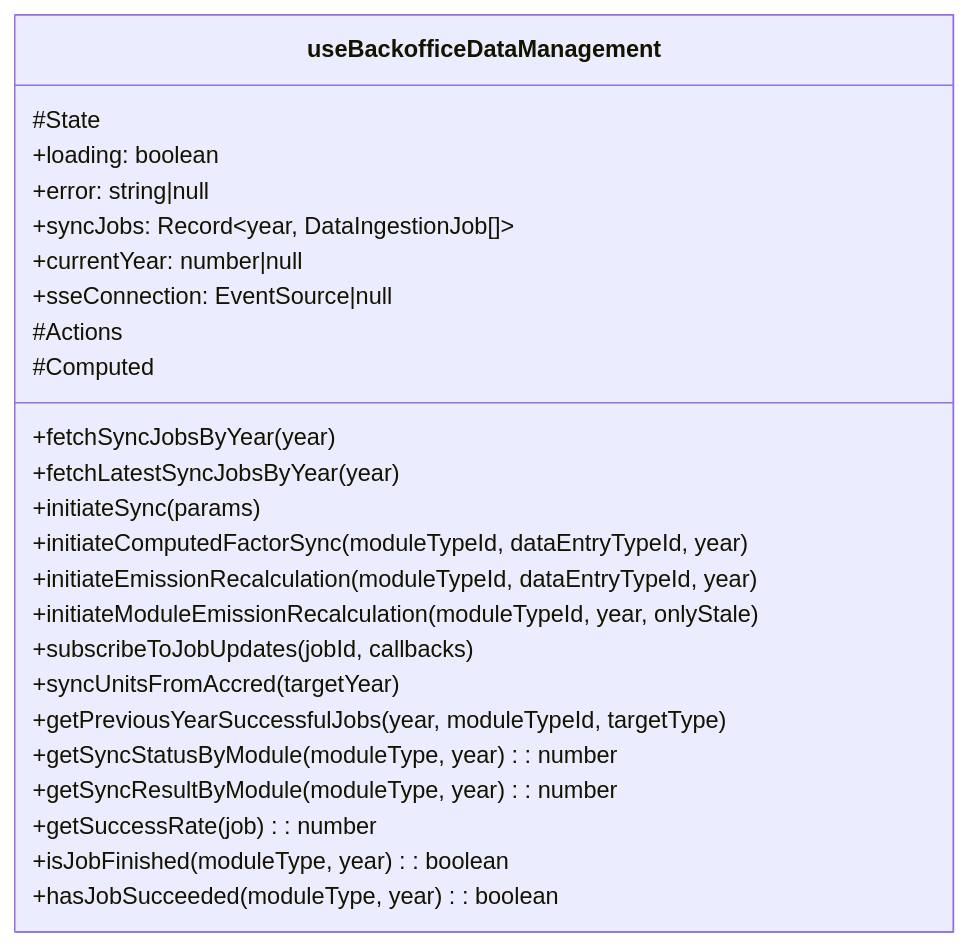
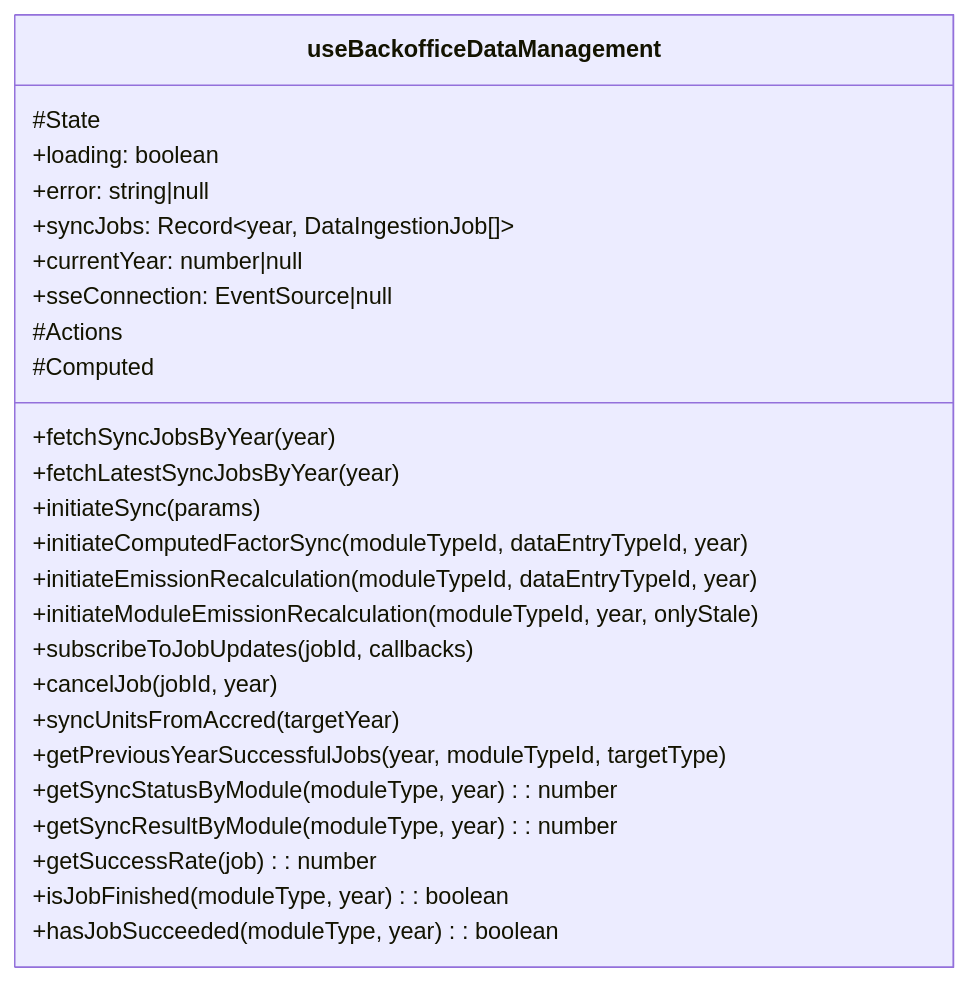
The sixth of 18 diagrams in frontend/src/pages/back-office/data-management.md (EPFL-ENAC/co2-calculator), drawn with Mermaid before and after one commit. The commit also changed other lines of this file, not shown here.

First line of the commit message:
docs(data-management): update architecture docs for common uploads, cancel, and job enrichment

````diff
--- a/frontend/src/pages/back-office/data-management.md
+++ b/frontend/src/pages/back-office/data-management.md
@@ -213,29 +213,30 @@
 ```mermaid
 classDiagram
     class useBackofficeDataManagement {
         #State
         +loading: boolean
         +error: string|null
         +syncJobs: Record~year, DataIngestionJob[]~
         +currentYear: number|null
         +sseConnection: EventSource|null
 
         #Actions
         +fetchSyncJobsByYear(year)
         +fetchLatestSyncJobsByYear(year)
         +initiateSync(params)
         +initiateComputedFactorSync(moduleTypeId, dataEntryTypeId, year)
         +initiateEmissionRecalculation(moduleTypeId, dataEntryTypeId, year)
         +initiateModuleEmissionRecalculation(moduleTypeId, year, onlyStale)
         +subscribeToJobUpdates(jobId, callbacks)
+        +cancelJob(jobId, year)
         +syncUnitsFromAccred(targetYear)
         +getPreviousYearSuccessfulJobs(year, moduleTypeId, targetType)
 
         #Computed
         +getSyncStatusByModule(moduleType, year): number
         +getSyncResultByModule(moduleType, year): number
         +getSuccessRate(job): number
         +isJobFinished(moduleType, year): boolean
         +hasJobSucceeded(moduleType, year): boolean
     }
 ```
````
